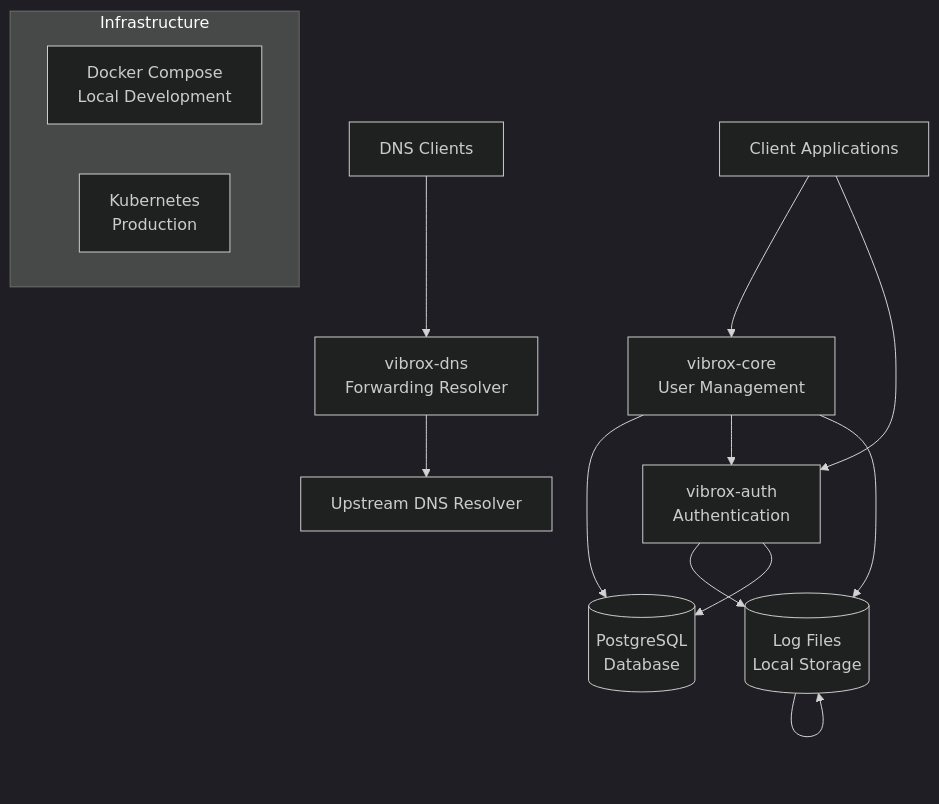
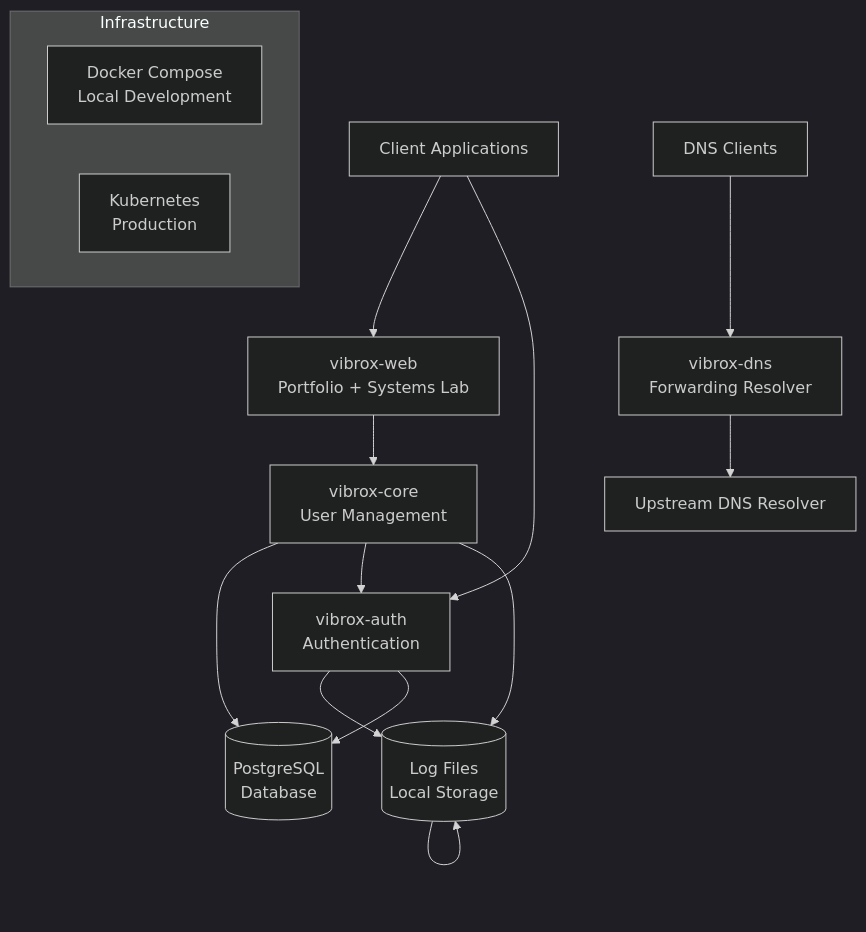
Before and after one commit to VibuRoshin25/vibrox-stack: the first of 2 diagrams in docs/architecture/overview.md, drawn with Mermaid (dark theme). The commit also changed other lines of this file and 19 other files, not shown here.

Commit message:
feat: :sparkles: add vibrox-web submodule and create makefile

````diff
--- a/docs/architecture/overview.md
+++ b/docs/architecture/overview.md
@@ -9,22 +9,23 @@
 ```mermaid
 graph TB
-    Client[Client Applications] --> App[vibrox-core<br/>User Management]
+    Client[Client Applications] --> Web[vibrox-web<br/>Portfolio + Systems Lab]
+    Web --> App[vibrox-core<br/>User Management]
     Client --> Auth[vibrox-auth<br/>Authentication]
 
     App --> DB[(PostgreSQL<br/>Database)]
     App --> Auth
     App --> Logger[vibrox-echo<br/>Logging Service]
 
     DNSClient[DNS Clients] --> DNS[vibrox-dns<br/>Forwarding Resolver]
     DNS --> Upstream[Upstream DNS Resolver]
 
     Auth --> Logger
     Auth --> DB
 
     Logger --> Logger[(Log Files<br/>Local Storage)]
 
     subgraph "Infrastructure"
         Docker[Docker Compose<br/>Local Development]
         K8s[Kubernetes<br/>Production]
     end
 ```
````
